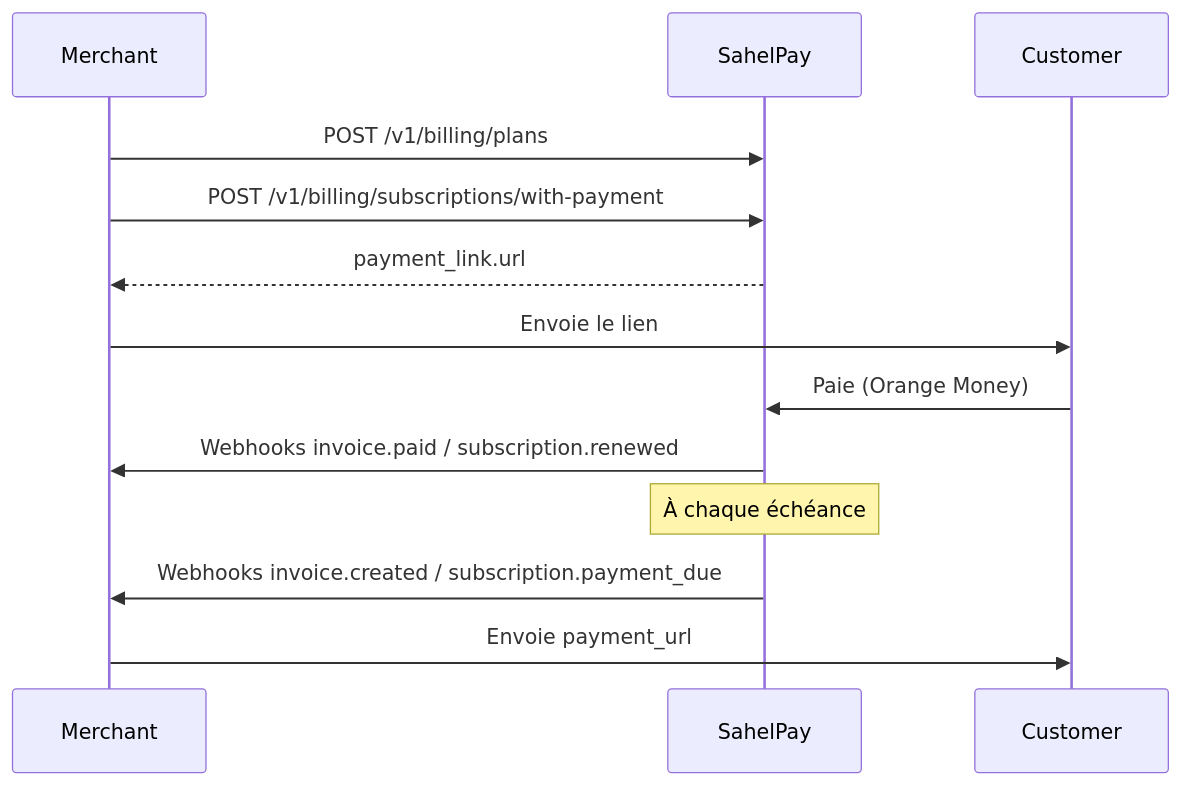
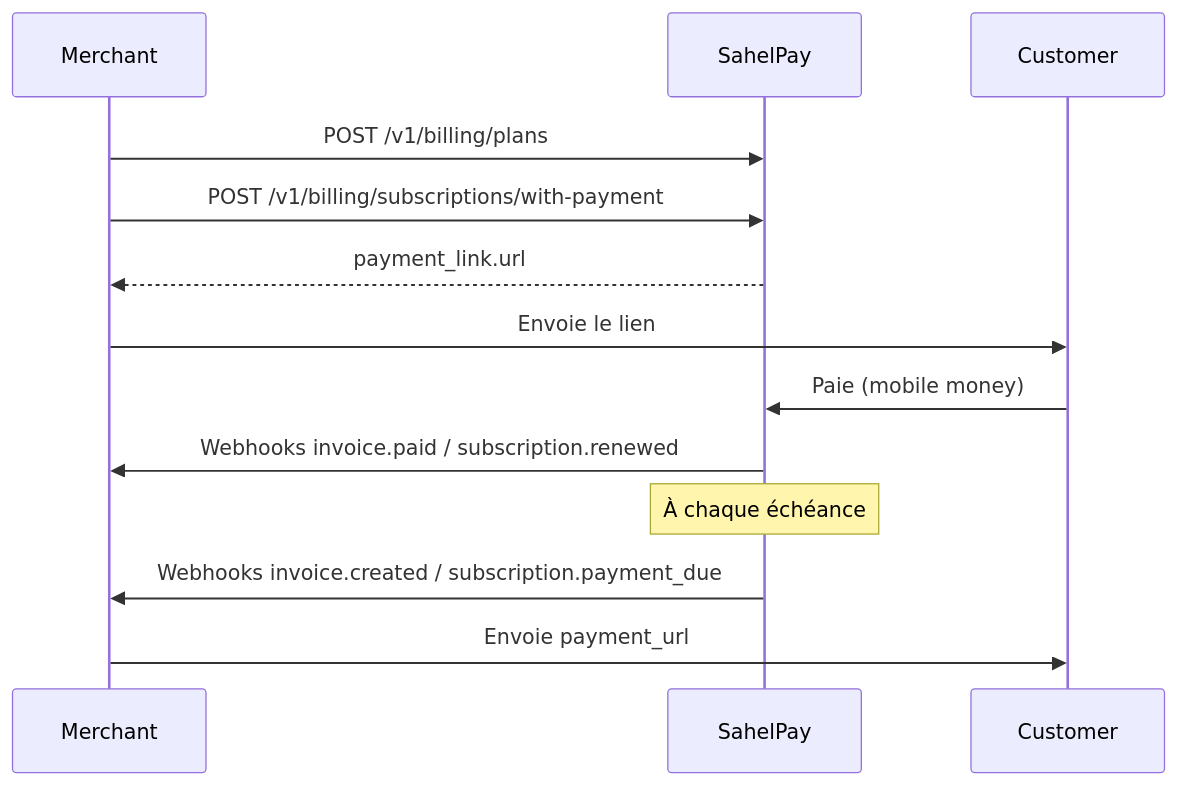
Before and after one commit to dione24/sahelpay-sdks: the diagram in docs/guides/subscriptions.mdx, drawn with Mermaid. The commit also changed other lines of this file and 19 other files, not shown here.

````diff
--- a/docs/guides/subscriptions.mdx
+++ b/docs/guides/subscriptions.mdx
@@ -93,17 +93,17 @@
 ```mermaid
 sequenceDiagram
     participant Merchant
     participant SahelPay
     participant Customer
 
     Merchant->>SahelPay: POST /v1/billing/plans
     Merchant->>SahelPay: POST /v1/billing/subscriptions/with-payment
     SahelPay-->>Merchant: payment_link.url
     Merchant->>Customer: Envoie le lien
-    Customer->>SahelPay: Paie (Orange Money)
+    Customer->>SahelPay: Paie (mobile money)
     SahelPay->>Merchant: Webhooks invoice.paid / subscription.renewed
 
     Note over SahelPay: À chaque échéance
     SahelPay->>Merchant: Webhooks invoice.created / subscription.payment_due
     Merchant->>Customer: Envoie payment_url
 ```
````
